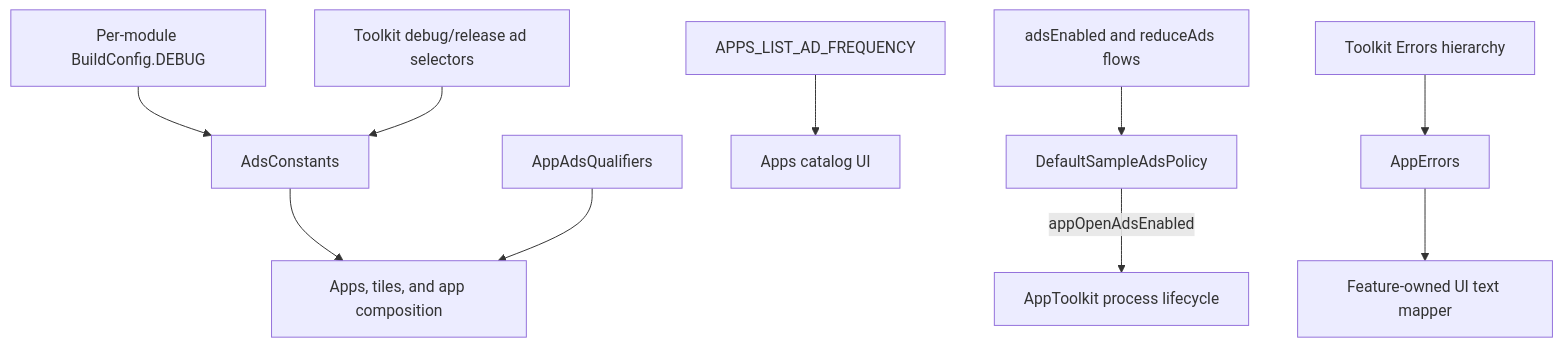
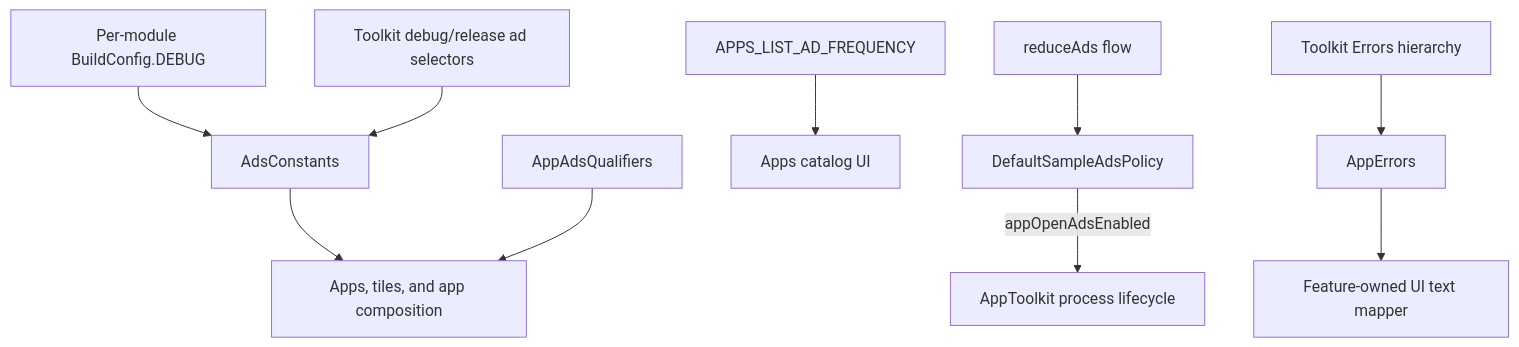
Before and after one commit to MihaiCristianCondrea/App-Toolkit-for-Android: the diagram in sample/core/common/README.md, drawn with Mermaid. The commit also changed other lines of this file and 38 other files, not shown here.

First line of the commit message:
Remove the ads-enabled preference; native ads always render

````diff
--- a/sample/core/common/README.md
+++ b/sample/core/common/README.md
@@ -39,12 +39,12 @@
 ```mermaid
 flowchart TD
     Build[Per-module BuildConfig.DEBUG] --> Ads[AdsConstants]
     ToolkitIds[Toolkit debug/release ad selectors] --> Ads
     Ads --> Features[Apps, tiles, and app composition]
     Qualifiers[AppAdsQualifiers] --> Features
     Tuning[APPS_LIST_AD_FREQUENCY] --> Apps[Apps catalog UI]
-    Prefs[adsEnabled and reduceAds flows] --> Policy[DefaultSampleAdsPolicy]
+    Prefs[reduceAds flow] --> Policy[DefaultSampleAdsPolicy]
     Policy -->|appOpenAdsEnabled| AppOpen[AppToolkit process lifecycle]
     Network[Toolkit Errors hierarchy] --> Errors[AppErrors]
     Errors --> Mapper[Feature-owned UI text mapper]
 ```
````
